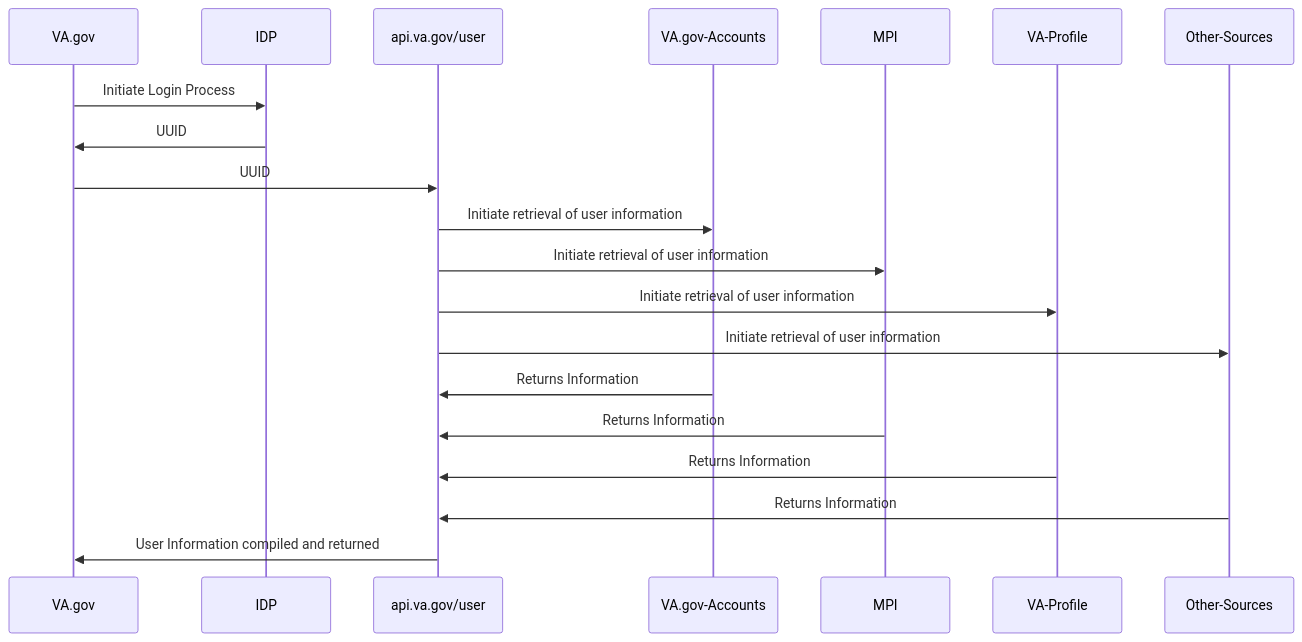
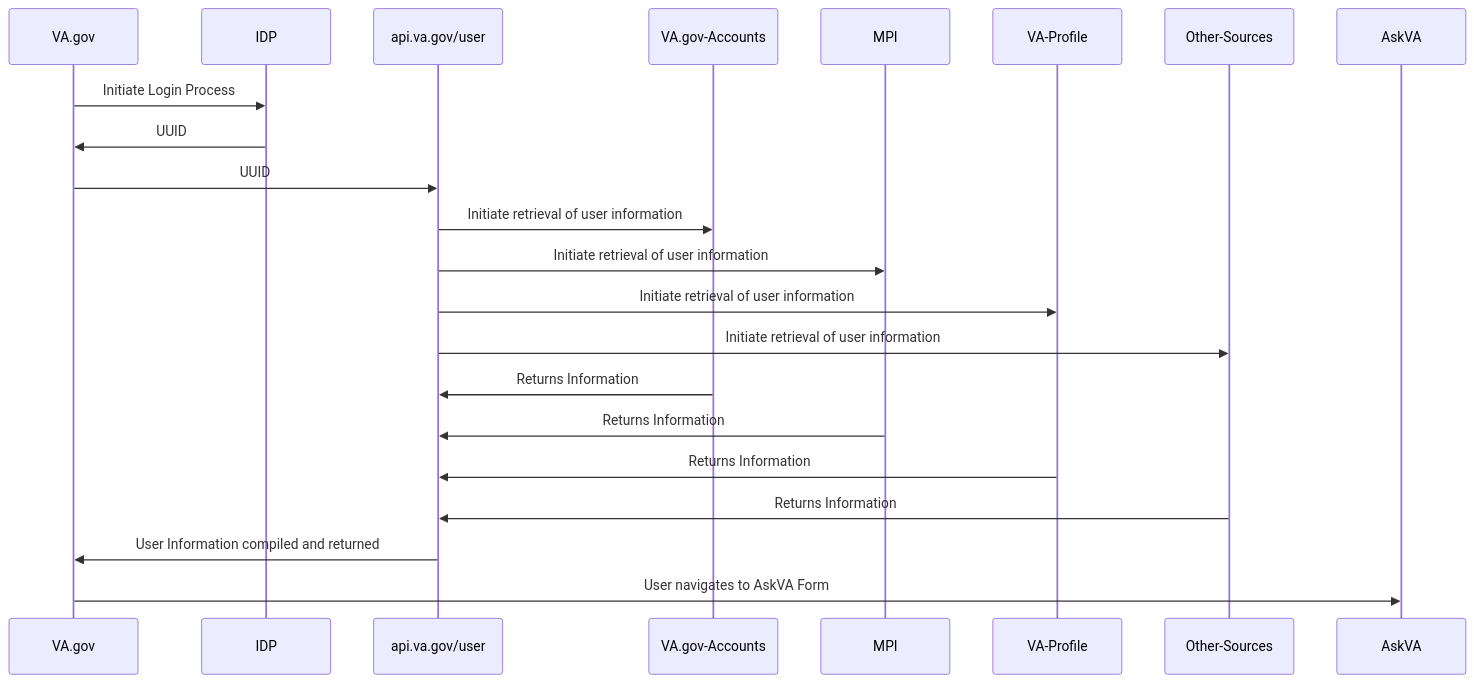
The fourth of 5 diagrams in products/ask-va/integration/va_profile/profile_processes.md (department-of-veterans-affairs/va.gov-team), drawn with Mermaid before and after one commit.

````diff
--- a/products/ask-va/integration/va_profile/profile_processes.md
+++ b/products/ask-va/integration/va_profile/profile_processes.md
@@ -106,15 +106,16 @@
 ```mermaid
 sequenceDiagram
     VA.gov->>IDP: Initiate Login Process
     IDP->>VA.gov: UUID
     VA.gov->>api.va.gov/user: UUID
     api.va.gov/user->>VA.gov-Accounts: Initiate retrieval of user information
     api.va.gov/user->>MPI: Initiate retrieval of user information
     api.va.gov/user->>VA-Profile: Initiate retrieval of user information
     api.va.gov/user->>Other-Sources: Initiate retrieval of user information
     VA.gov-Accounts->>api.va.gov/user: Returns Information
     MPI->>api.va.gov/user: Returns Information
     VA-Profile->>api.va.gov/user: Returns Information
     Other-Sources->>api.va.gov/user: Returns Information
     api.va.gov/user->>VA.gov: User Information compiled and returned
+    VA.gov->>AskVA: User navigates to AskVA Form
 ```
````
